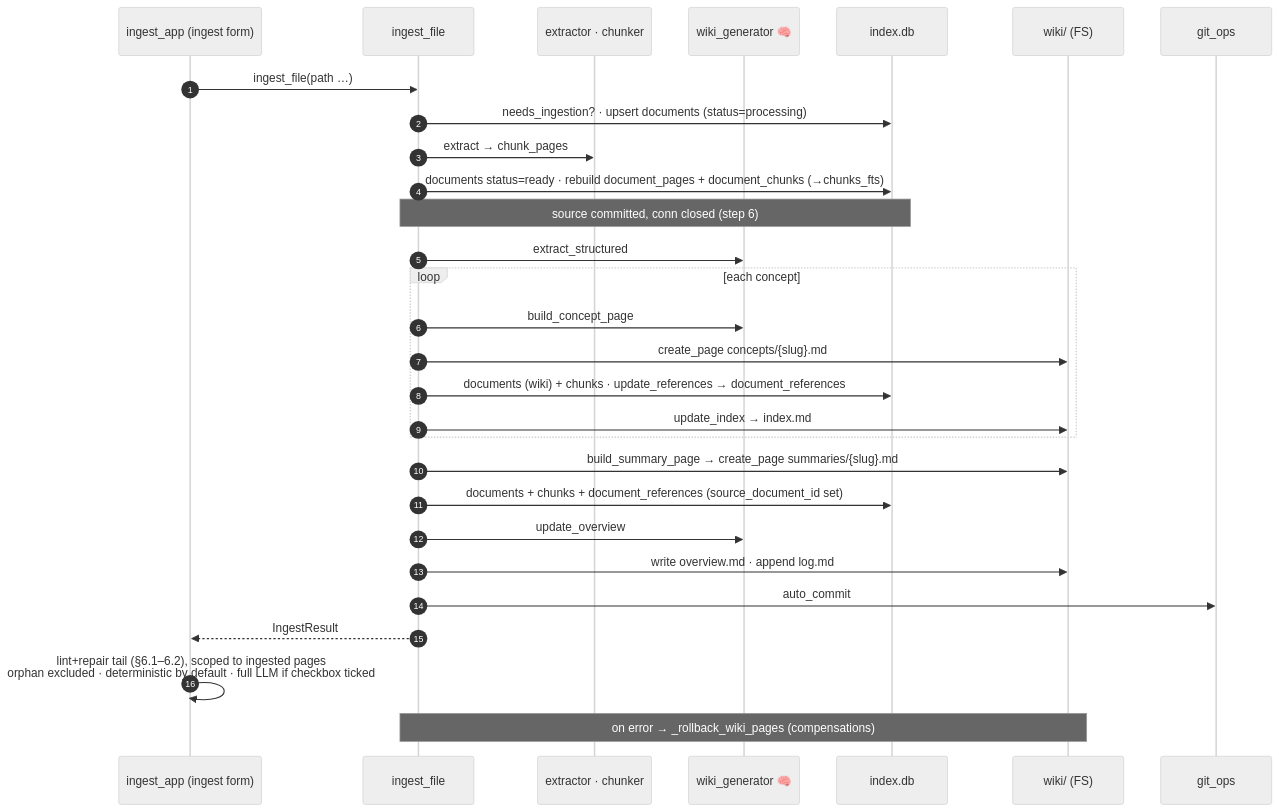
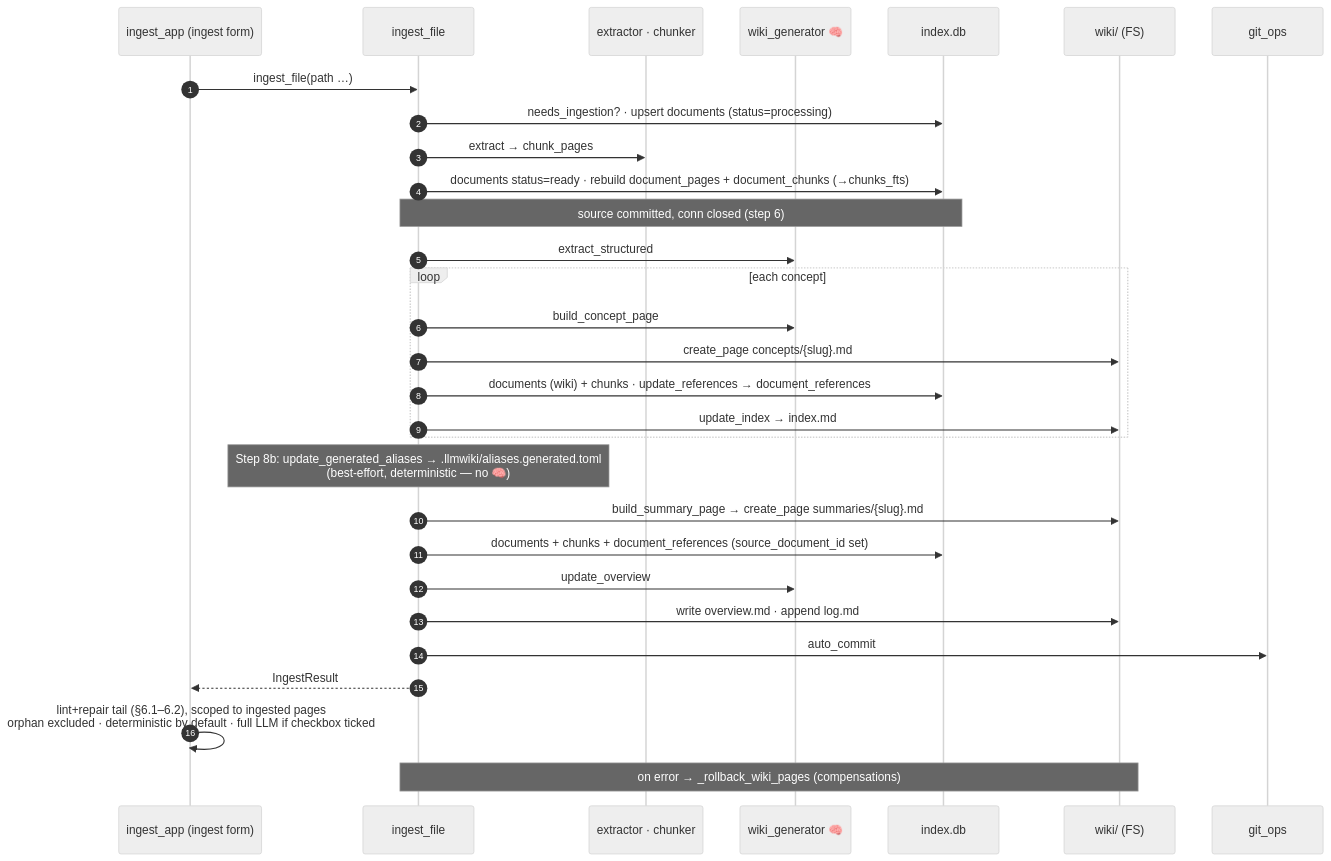
One commit to Clod/llmwiki-marimo changed the third of 10 diagrams in docs/manual/workflows.md. Above: the diagram before and after it, drawn with Mermaid (neutral theme). The commit also changed other lines of this file, not shown here.

````diff
--- a/docs/manual/workflows.md
+++ b/docs/manual/workflows.md
@@ -271,31 +295,32 @@
 ```mermaid
 sequenceDiagram
     autonumber
     participant UI as ingest_app (ingest form)
     participant P as ingest_file
     participant EX as extractor · chunker
     participant GEN as wiki_generator 🧠
     participant DB as index.db
     participant FS as wiki/ (FS)
     participant GIT as git_ops
     UI->>P: ingest_file(path …)
     P->>DB: needs_ingestion? · upsert documents (status=processing)
     P->>EX: extract → chunk_pages
     P->>DB: documents status=ready · rebuild document_pages + document_chunks (→chunks_fts)
     Note over P,DB: source committed, conn closed (step 6)
     P->>GEN: extract_structured
     loop each concept
         P->>GEN: build_concept_page
         P->>FS: create_page concepts/{slug}.md
         P->>DB: documents (wiki) + chunks · update_references → document_references
         P->>FS: update_index → index.md
     end
+    Note over P: Step 8b: update_generated_aliases → .llmwiki/aliases.generated.toml<br/>(best-effort, deterministic — no 🧠)
     P->>FS: build_summary_page → create_page summaries/{slug}.md
     P->>DB: documents + chunks + document_references (source_document_id set)
     P->>GEN: update_overview
     P->>FS: write overview.md · append log.md
     P->>GIT: auto_commit
     P-->>UI: IngestResult
     UI->>UI: lint+repair tail (§6.1–6.2), scoped to ingested pages<br/>orphan excluded · deterministic by default · full LLM if checkbox ticked
     Note over P,FS: on error → _rollback_wiki_pages (compensations)
 ```
````
